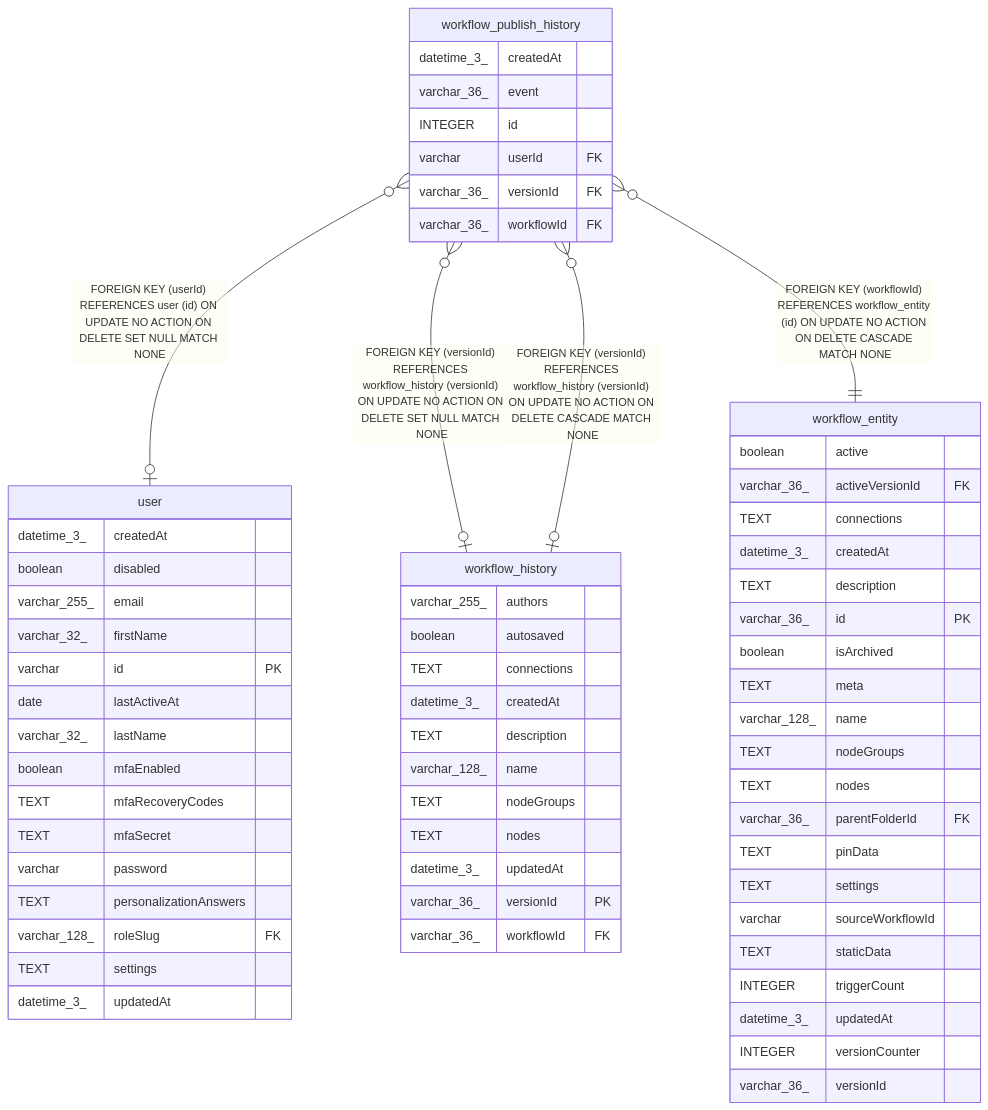
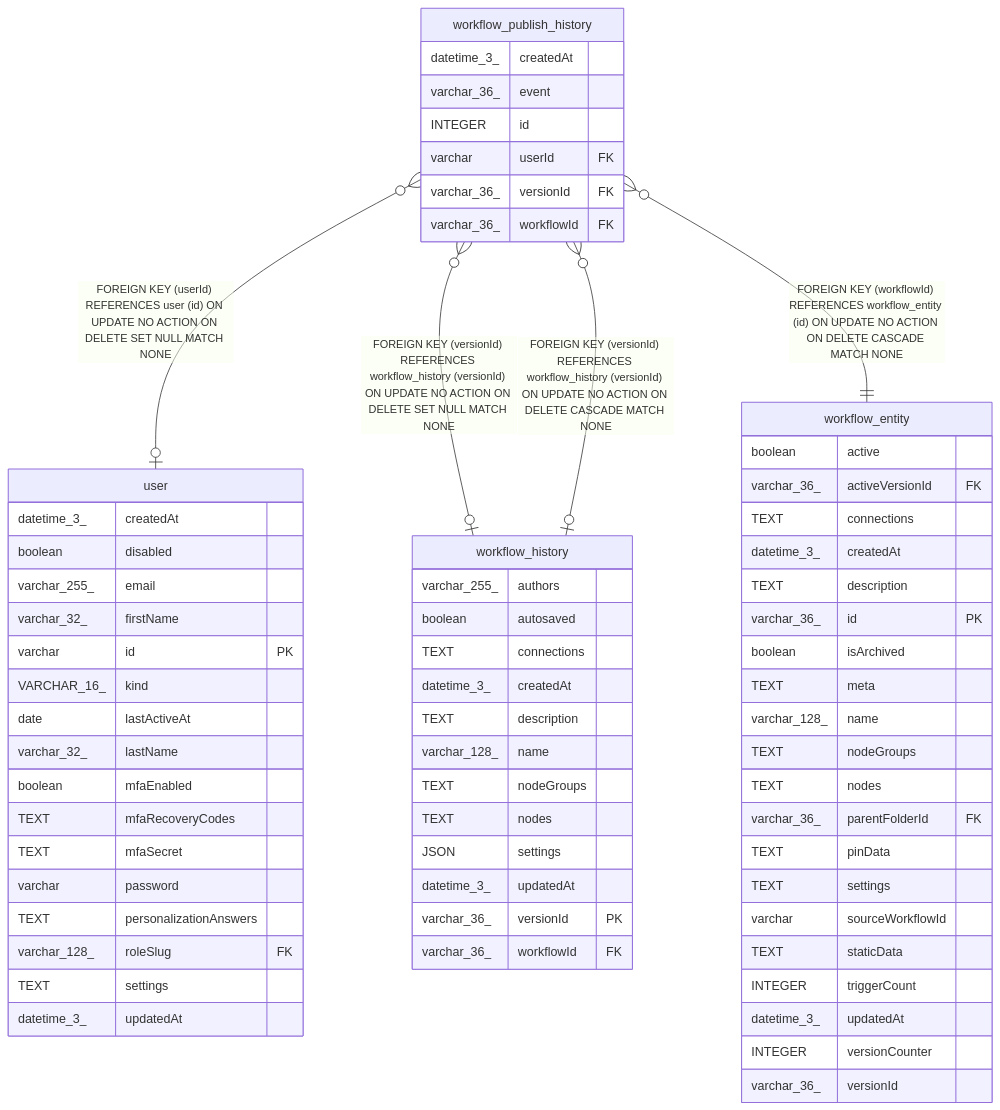
The diagram in n8n_integration/n8n_source/docs/generated/sqlite-schema/workflow_publish_history.md (koreatest12/studys), drawn with Mermaid before and after one commit. The commit also changed 23019 other files, not shown here.

````diff
--- a/n8n_integration/n8n_source/docs/generated/sqlite-schema/workflow_publish_history.md
+++ b/n8n_integration/n8n_source/docs/generated/sqlite-schema/workflow_publish_history.md
@@ -44,69 +44,71 @@
 ```mermaid
 erDiagram
 
 "workflow_publish_history" }o--o| "user" : "FOREIGN KEY (userId) REFERENCES user (id) ON UPDATE NO ACTION ON DELETE SET NULL MATCH NONE"
 "workflow_publish_history" }o--o| "workflow_history" : "FOREIGN KEY (versionId) REFERENCES workflow_history (versionId) ON UPDATE NO ACTION ON DELETE SET NULL MATCH NONE"
 "workflow_publish_history" }o--o| "workflow_history" : "FOREIGN KEY (versionId) REFERENCES workflow_history (versionId) ON UPDATE NO ACTION ON DELETE CASCADE MATCH NONE"
 "workflow_publish_history" }o--|| "workflow_entity" : "FOREIGN KEY (workflowId) REFERENCES workflow_entity (id) ON UPDATE NO ACTION ON DELETE CASCADE MATCH NONE"
 
 "workflow_publish_history" {
   datetime_3_ createdAt
   varchar_36_ event
   INTEGER id
   varchar userId FK
   varchar_36_ versionId FK
   varchar_36_ workflowId FK
 }
 "user" {
   datetime_3_ createdAt
   boolean disabled
   varchar_255_ email
   varchar_32_ firstName
   varchar id PK
+  VARCHAR_16_ kind
   date lastActiveAt
   varchar_32_ lastName
   boolean mfaEnabled
   TEXT mfaRecoveryCodes
   TEXT mfaSecret
   varchar password
   TEXT personalizationAnswers
   varchar_128_ roleSlug FK
   TEXT settings
   datetime_3_ updatedAt
 }
 "workflow_history" {
   varchar_255_ authors
   boolean autosaved
   TEXT connections
   datetime_3_ createdAt
   TEXT description
   varchar_128_ name
   TEXT nodeGroups
   TEXT nodes
+  JSON settings
   datetime_3_ updatedAt
   varchar_36_ versionId PK
   varchar_36_ workflowId FK
 }
 "workflow_entity" {
   boolean active
   varchar_36_ activeVersionId FK
   TEXT connections
   datetime_3_ createdAt
   TEXT description
   varchar_36_ id PK
   boolean isArchived
   TEXT meta
   varchar_128_ name
   TEXT nodeGroups
   TEXT nodes
   varchar_36_ parentFolderId FK
   TEXT pinData
   TEXT settings
   varchar sourceWorkflowId
   TEXT staticData
   INTEGER triggerCount
   datetime_3_ updatedAt
   INTEGER versionCounter
   varchar_36_ versionId
 }
 ```
````
